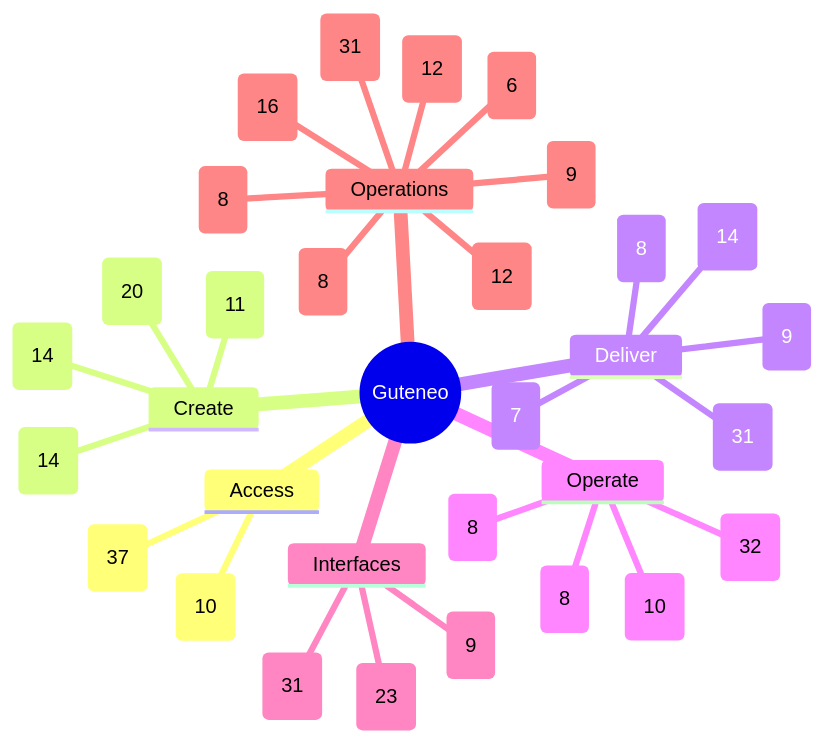
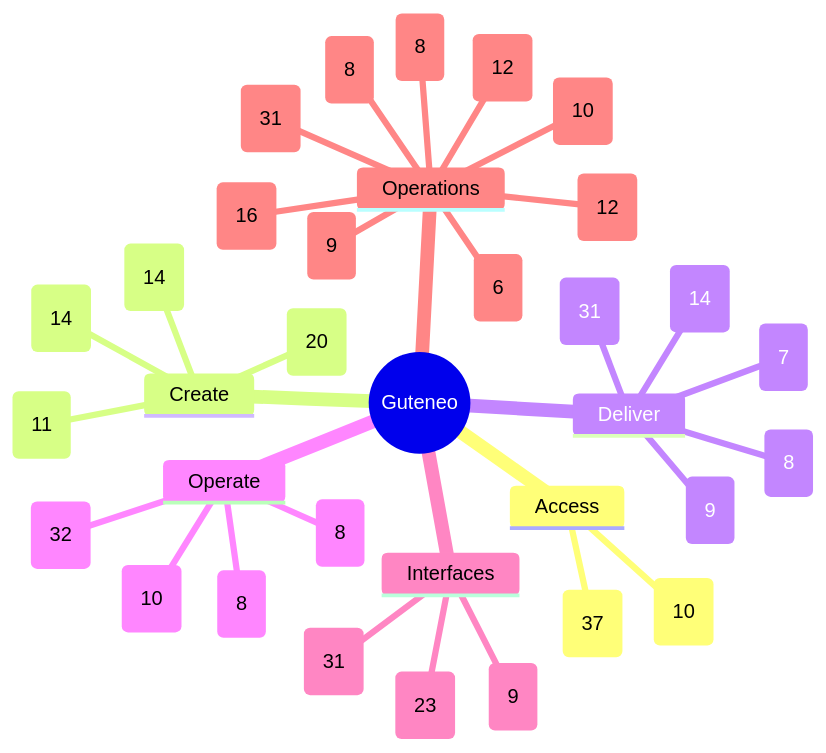
One commit to nclsppr/guteneo changed the diagram in docs/FEATURE_MAP.md. Above: the diagram before and after it, drawn with Mermaid. The commit also changed other lines of this file and 73 other files, not shown here.

Commit message:
Maintain consumed provider references and expiry alerts

````diff
--- a/docs/FEATURE_MAP.md
+++ b/docs/FEATURE_MAP.md
@@ -13,36 +13,37 @@
 ```mermaid
 mindmap
   root((Guteneo))
     Access
       Access and identity (37)
       Team and responsibilities (10)
     Create
       Documents and protection (20)
       Template studio (14)
       Data and mappings (11)
       PDF generation and distribution (14)
     Deliver
       Fax (9)
       Postal mail (8)
       Email and protected links (14)
       Sensitive distribution and personal documents (31)
       Dispatch dry run (7)
     Operate
       Campaigns and tracking (8)
       Credits and billing (8)
       Workspace layout and browser appearance (32)
       PDF verification (10)
     Interfaces
       Assistants and API (31)
       iPhone and iPad (9)
       Public pages, languages and appearance (23)
     Operations
       Reviewer OAuth qualification (9)
       Operations and reliability (31)
       Belvédère platform oversight (12)
       Public service status (16)
       Engineering documentation (12)
       Codex Cloud development (8)
       Continuous reviewer preparation (6)
       Automatic fax tariff maintenance (8)
+      Consumed provider freshness and J-1 alerts (10)
 ```
````
